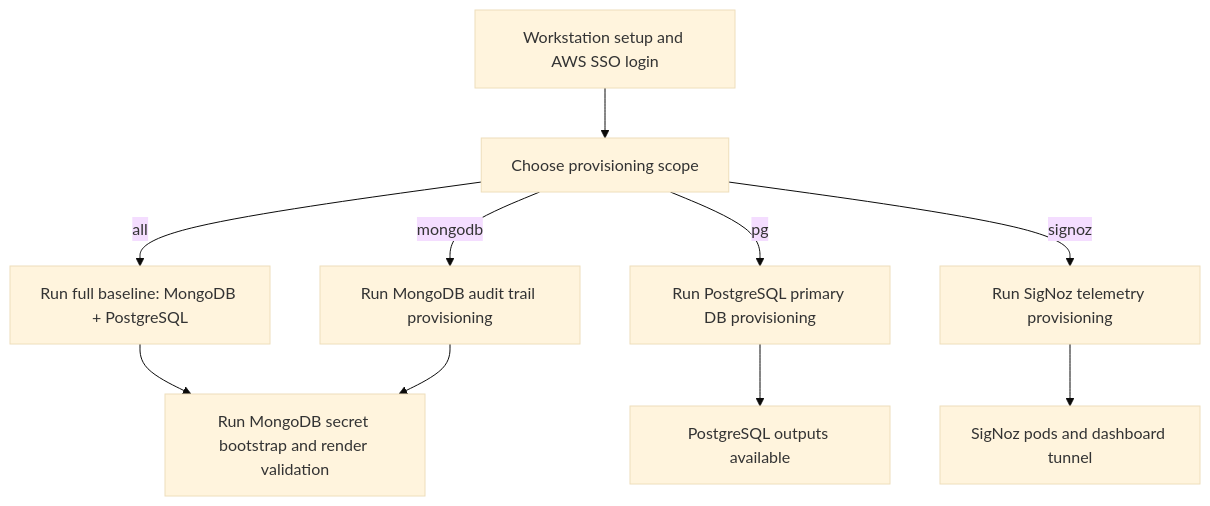
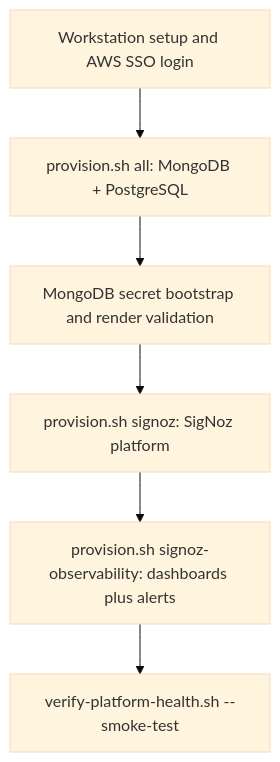
The first of 2 diagrams in README.md (sml-global/mongodb), drawn with Mermaid (base theme) before and after one commit. The commit also changed other lines of this file and 27 other files, not shown here.

````diff
--- a/README.md
+++ b/README.md
@@ -46,12 +62,8 @@
 ```mermaid
 flowchart TD
-  A[Workstation setup and AWS SSO login] --> B[Choose provisioning scope]
-  B -->|all| C[Run full baseline: MongoDB + PostgreSQL]
-  B -->|mongodb| D[Run MongoDB audit trail provisioning]
-  B -->|pg| E[Run PostgreSQL primary DB provisioning]
-  B -->|signoz| F[Run SigNoz telemetry provisioning]
-  C --> G[Run MongoDB secret bootstrap and render validation]
-  D --> G
-  E --> H[PostgreSQL outputs available]
-  F --> I[SigNoz pods and dashboard tunnel]
+  A[Workstation setup and AWS SSO login] --> B[provision.sh all: MongoDB + PostgreSQL]
+  B --> C[MongoDB secret bootstrap and render validation]
+  C --> D[provision.sh signoz: SigNoz platform]
+  D --> E[provision.sh signoz-observability: dashboards plus alerts]
+  E --> F[verify-platform-health.sh --smoke-test]
 ```
````
